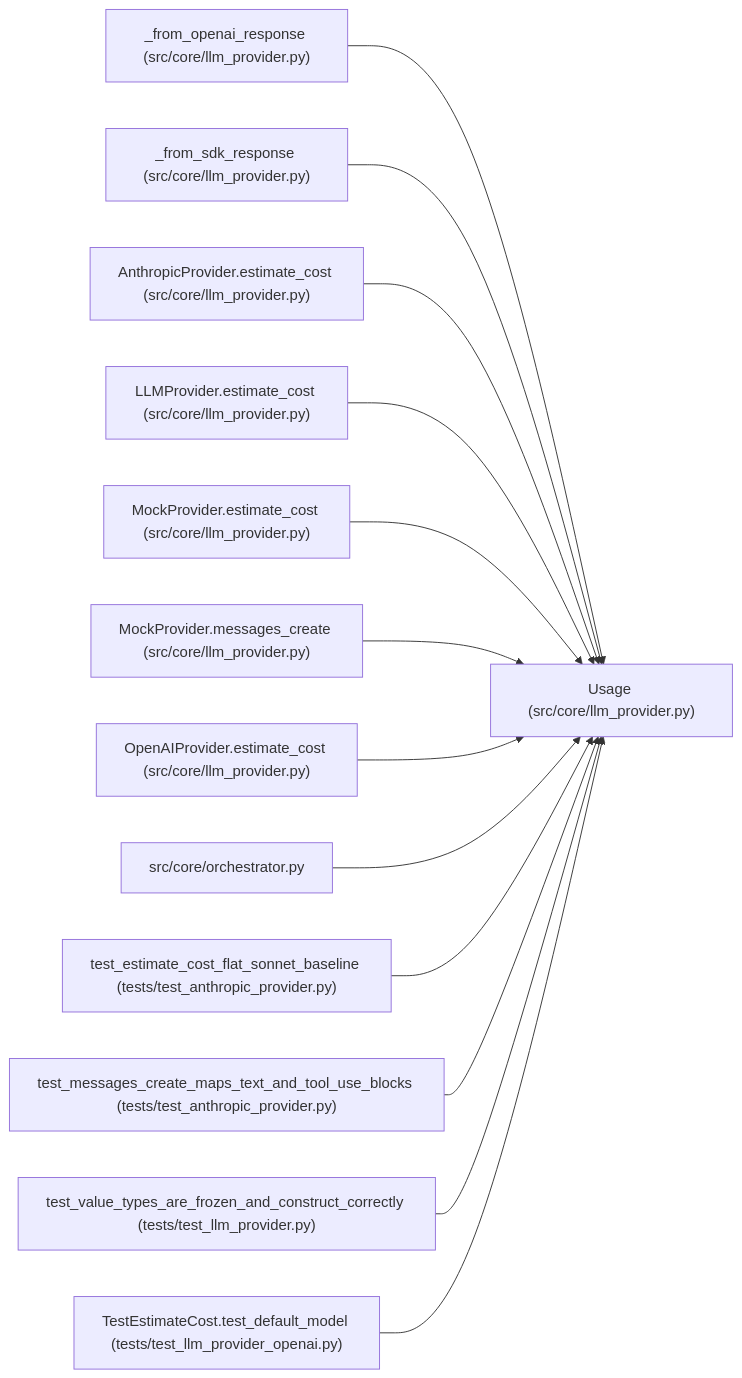
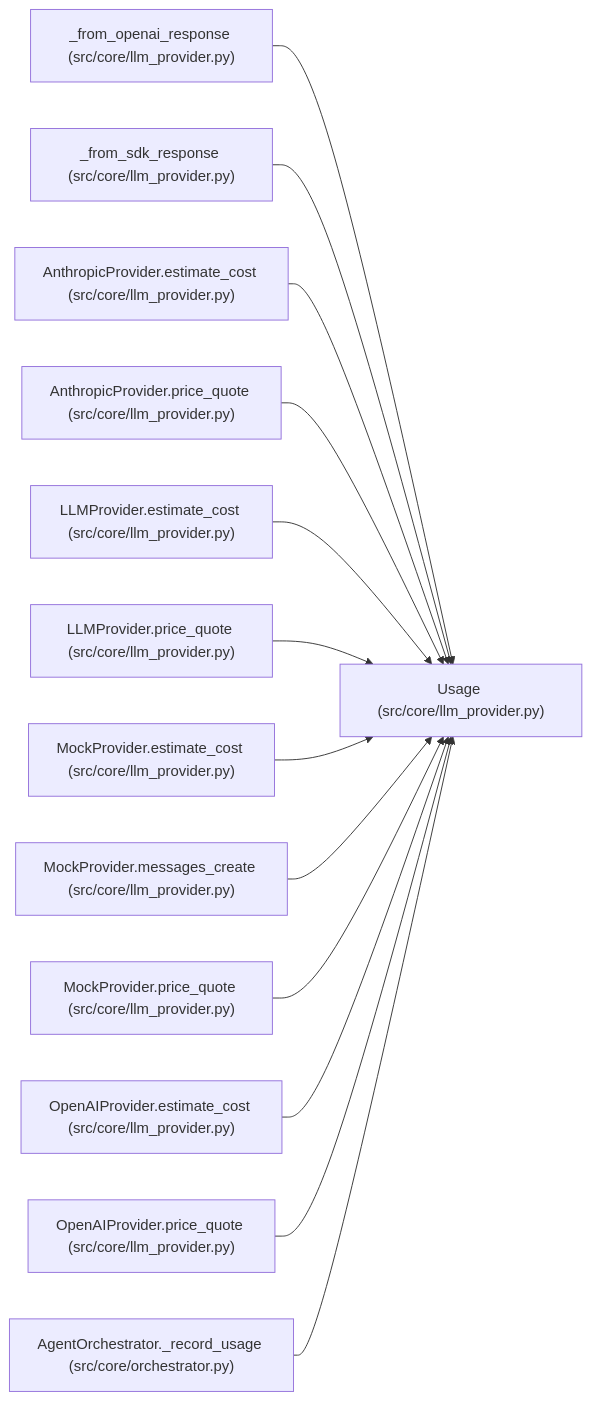
The diagram in docs/llm_wiki/entities/Usage.md (Denissvgn/autoresearch-agent), drawn with Mermaid before and after one commit. The commit also changed other lines of this file and 1033 other files, not shown here.

Commit message:
docs(wiki): sync wiki with agent-wiki-cli 3.2.0 and provider updates

````diff
--- a/docs/llm_wiki/entities/Usage.md
+++ b/docs/llm_wiki/entities/Usage.md
@@ -35,41 +36,41 @@
 ```mermaid
 flowchart LR
     n0["Usage (src/core/llm_provider.py)"]
     n1["_from_openai_response (src/core/llm_provider.py)"]
     n2["_from_sdk_response (src/core/llm_provider.py)"]
     n3["AnthropicProvider.estimate_cost (src/core/llm_provider.py)"]
-    n4["LLMProvider.estimate_cost (src/core/llm_provider.py)"]
-    n5["MockProvider.estimate_cost (src/core/llm_provider.py)"]
-    n6["MockProvider.messages_create (src/core/llm_provider.py)"]
-    n7["OpenAIProvider.estimate_cost (src/core/llm_provider.py)"]
-    n8["src/core/orchestrator.py"]
-    n9["test_estimate_cost_flat_sonnet_baseline (tests/test_anthropic_provider.py)"]
-    n10["test_messages_create_maps_text_and_tool_use_blocks (tests/test_anthropic_provider.py)"]
-    n11["test_value_types_are_frozen_and_construct_correctly (tests/test_llm_provider.py)"]
-    n12["TestEstimateCost.test_default_model (tests/test_llm_provider_openai.py)"]
+    n4["AnthropicProvider.price_quote (src/core/llm_provider.py)"]
+    n5["LLMProvider.estimate_cost (src/core/llm_provider.py)"]
+    n6["LLMProvider.price_quote (src/core/llm_provider.py)"]
+    n7["MockProvider.estimate_cost (src/core/llm_provider.py)"]
+    n8["MockProvider.messages_create (src/core/llm_provider.py)"]
+    n9["MockProvider.price_quote (src/core/llm_provider.py)"]
+    n10["OpenAIProvider.estimate_cost (src/core/llm_provider.py)"]
+    n11["OpenAIProvider.price_quote (src/core/llm_provider.py)"]
+    n12["AgentOrchestrator._record_usage (src/core/orchestrator.py)"]
     n1 --> n0
     n2 --> n0
     n3 --> n0
     n4 --> n0
     n5 --> n0
     n6 --> n0
     n7 --> n0
     n8 --> n0
     n9 --> n0
     n10 --> n0
     n11 --> n0
     n12 --> n0
     click n0 "../modules/llm_provider.md"
     click n1 "../modules/llm_provider.md"
     click n2 "../modules/llm_provider.md"
     click n3 "../modules/llm_provider.md"
     click n4 "../modules/llm_provider.md"
     click n5 "../modules/llm_provider.md"
     click n6 "../modules/llm_provider.md"
     click n7 "../modules/llm_provider.md"
-    click n8 "../modules/orchestrator.md"
-    click n9 "../modules/test_anthropic_provider.md"
-    click n10 "../modules/test_anthropic_provider.md"
-    click n11 "../modules/test_llm_provider.md"
-    click n12 "../modules/test_llm_provider_openai.md"
+    click n8 "../modules/llm_provider.md"
+    click n9 "../modules/llm_provider.md"
+    click n10 "../modules/llm_provider.md"
+    click n11 "../modules/llm_provider.md"
+    click n12 "../modules/orchestrator.md"
 ```
````
